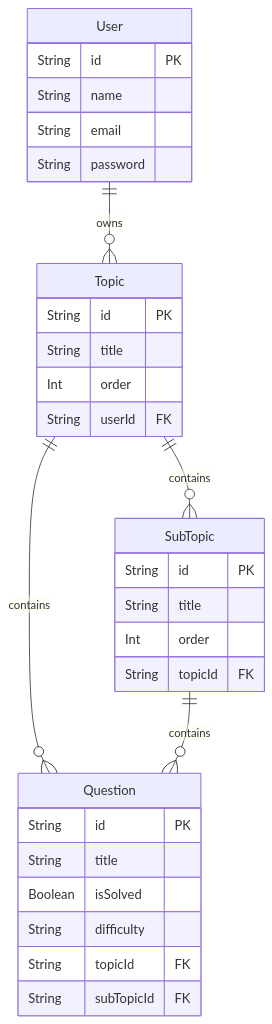
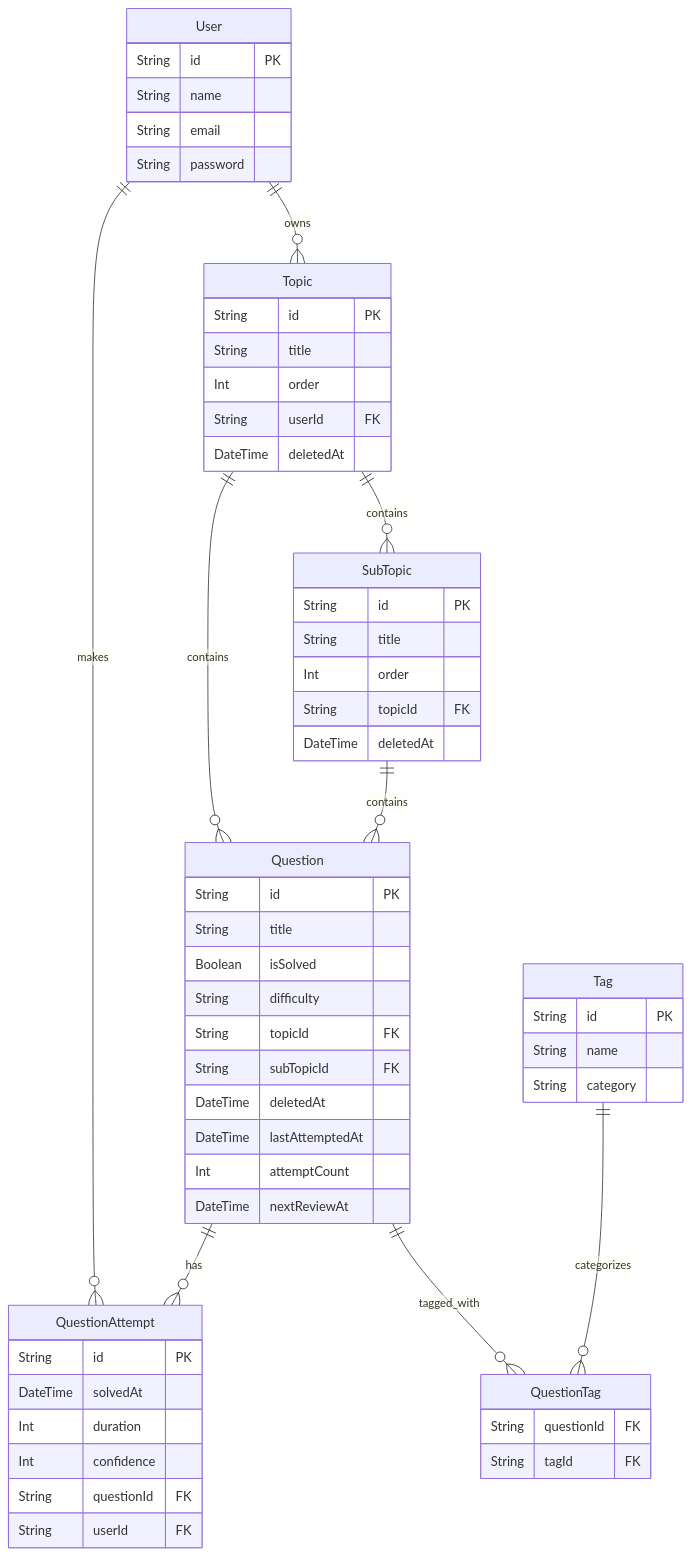
Before and after one commit to pulkitjaincs/AlgoForge: the second of 2 diagrams in ARCHITECTURE.md, drawn with Mermaid. The commit also changed other lines of this file and 16 other files, not shown here.

````diff
--- a/ARCHITECTURE.md
+++ b/ARCHITECTURE.md
@@ -61,34 +64,61 @@
 ```mermaid
 erDiagram
     User ||--o{ Topic : owns
     Topic ||--o{ SubTopic : contains
     Topic ||--o{ Question : contains
     SubTopic ||--o{ Question : contains
+    User ||--o{ QuestionAttempt : makes
+    Question ||--o{ QuestionAttempt : has
+    Question ||--o{ QuestionTag : tagged_with
+    Tag ||--o{ QuestionTag : categorizes
 
     User {
         String id PK
         String name
         String email
         String password
     }
     Topic {
         String id PK
         String title
         Int order
         String userId FK
+        DateTime deletedAt
     }
     SubTopic {
         String id PK
         String title
         Int order
         String topicId FK
+        DateTime deletedAt
     }
     Question {
         String id PK
         String title
         Boolean isSolved
         String difficulty
         String topicId FK
         String subTopicId FK
+        DateTime deletedAt
+        DateTime lastAttemptedAt
+        Int attemptCount
+        DateTime nextReviewAt
+    }
+    QuestionAttempt {
+        String id PK
+        DateTime solvedAt
+        Int duration
+        Int confidence
+        String questionId FK
+        String userId FK
+    }
+    Tag {
+        String id PK
+        String name
+        String category
+    }
+    QuestionTag {
+        String questionId FK
+        String tagId FK
     }
 ```
````
